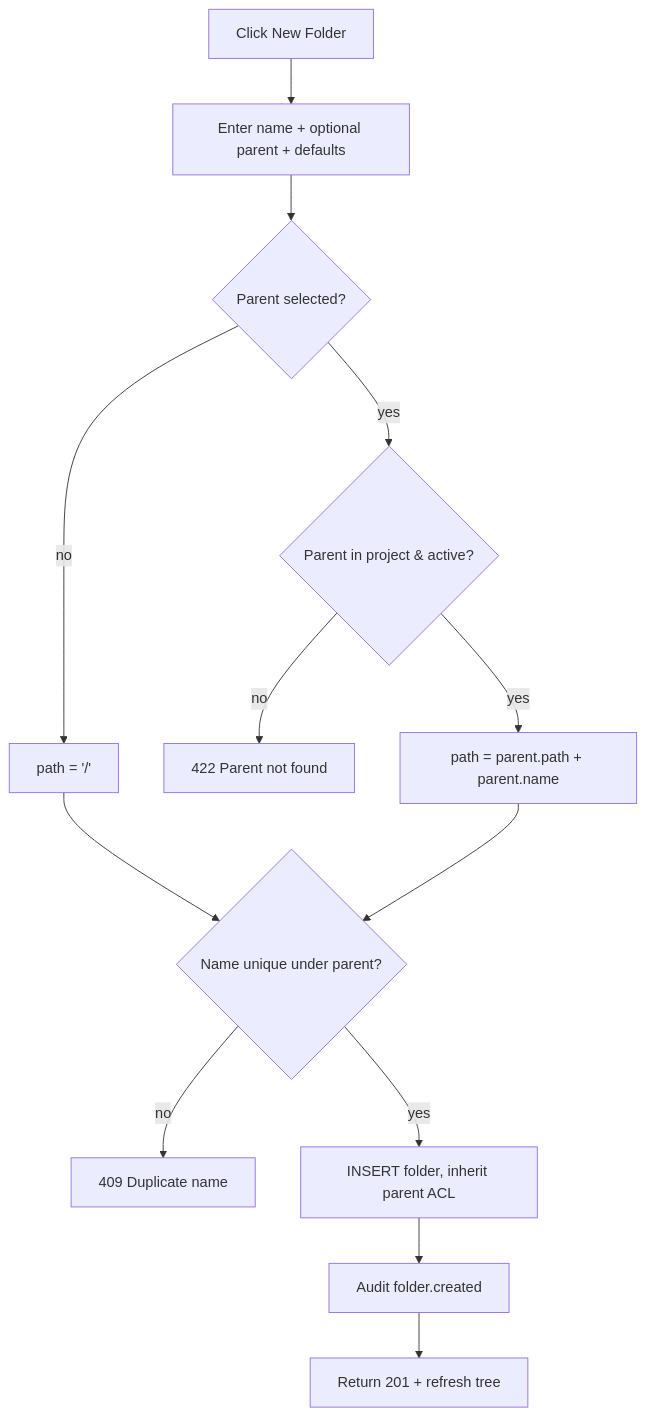
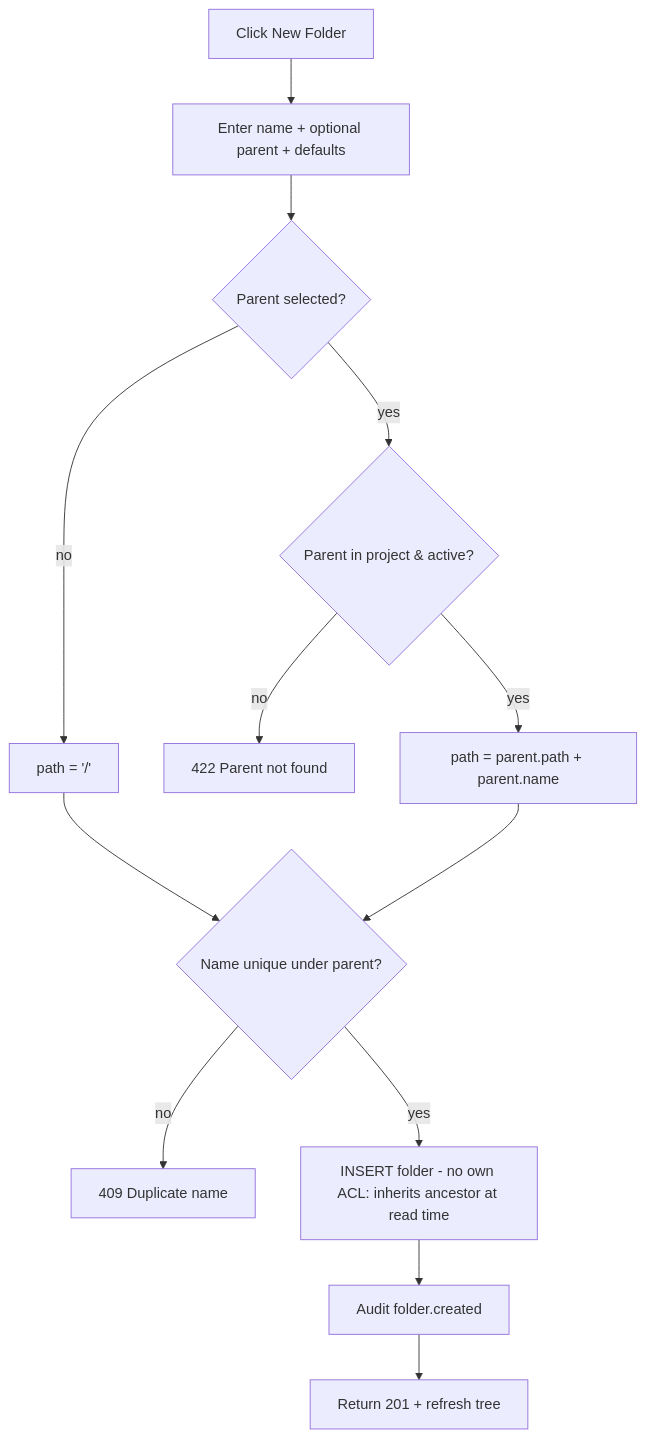
Before and after one commit to arpatel/CDE: diagram 11 of 12 in docs/modules/folder-management-blueprint.md, drawn with Mermaid. The commit also changed other lines of this file and 5 other files, not shown here.

````diff
--- a/docs/modules/folder-management-blueprint.md
+++ b/docs/modules/folder-management-blueprint.md
@@ -873,15 +872,15 @@
 ```mermaid
 flowchart TD
   A[Click New Folder] --> B[Enter name + optional parent + defaults]
   B --> C{Parent selected?}
   C -- no --> D[path = '/']
   C -- yes --> E{Parent in project & active?}
   E -- no --> X[422 Parent not found]
   E -- yes --> F[path = parent.path + parent.name]
   D --> G{Name unique under parent?}
   F --> G
   G -- no --> Y[409 Duplicate name]
-  G -- yes --> H[INSERT folder, inherit parent ACL]
+  G -- yes --> H[INSERT folder - no own ACL: inherits ancestor at read time]
   H --> I[Audit folder.created]
   I --> J[Return 201 + refresh tree]
 ```
````
